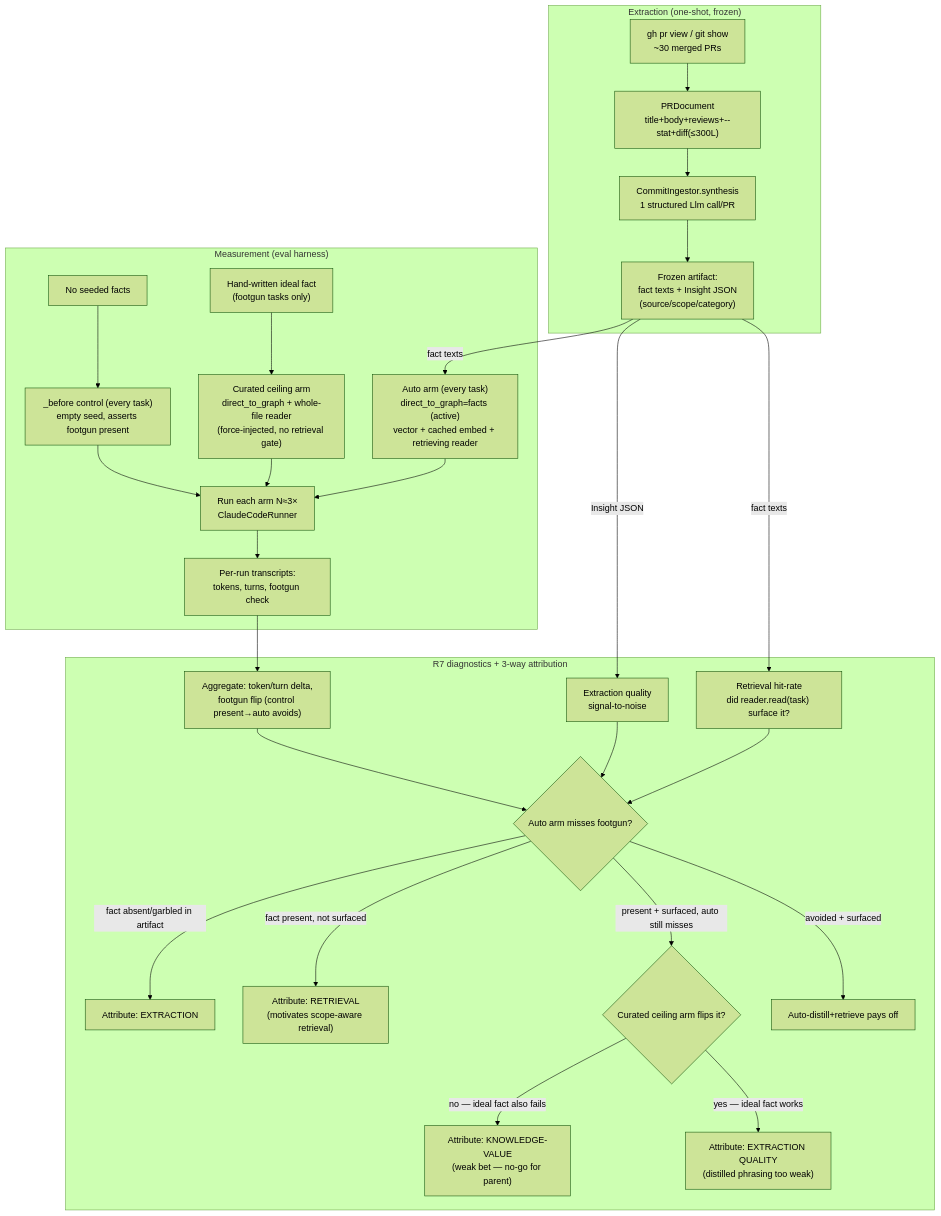
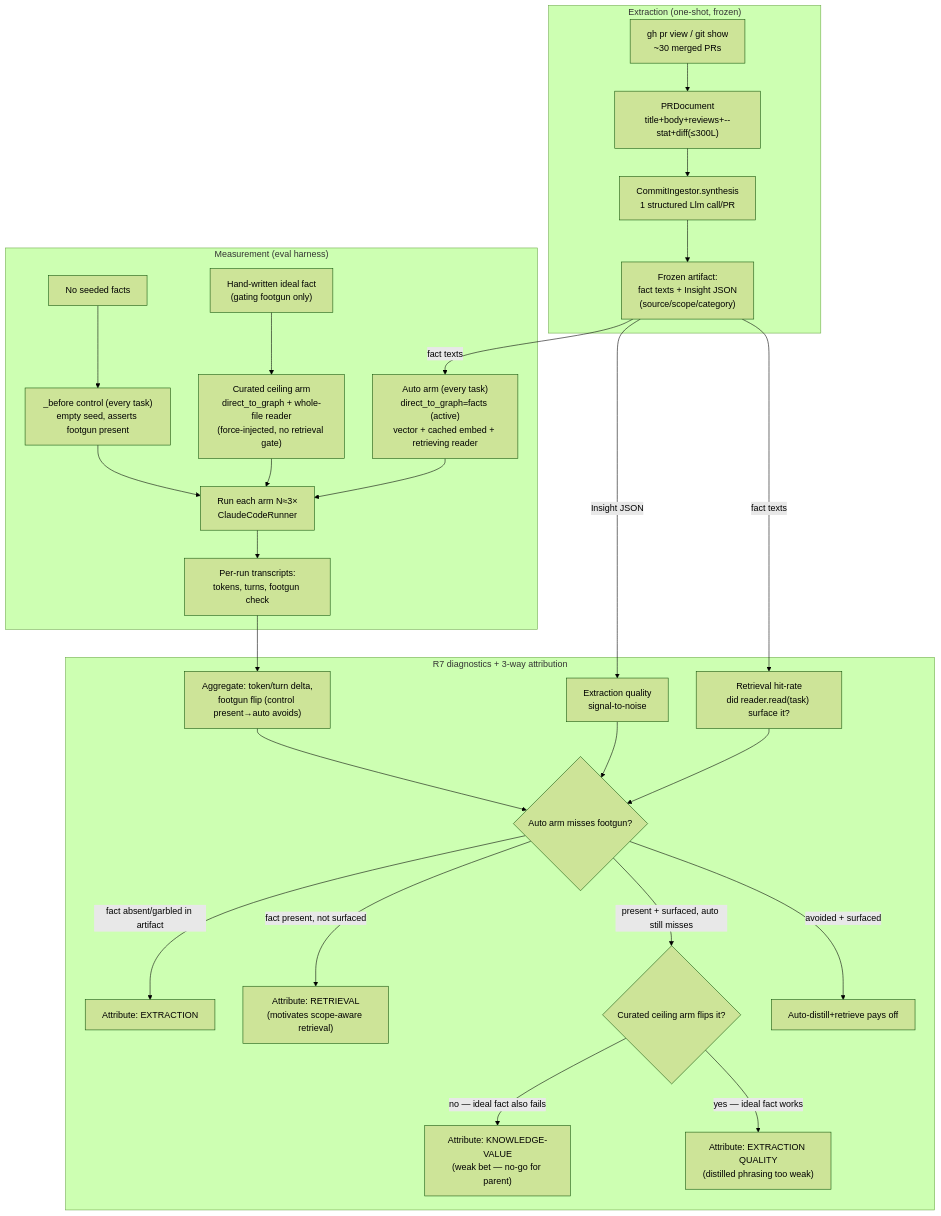
Before and after one commit to Antonelli-Tech-Solutions/praxis: the diagram in docs/plans/2026-06-24-002-feat-pr-knowledge-auto-distill-plan.md, drawn with Mermaid (forest theme). The commit also changed other lines of this file and 3 other files, not shown here.

````diff
--- a/docs/plans/2026-06-24-002-feat-pr-knowledge-auto-distill-plan.md
+++ b/docs/plans/2026-06-24-002-feat-pr-knowledge-auto-distill-plan.md
@@ -186,33 +197,33 @@
 ```mermaid
 flowchart TB
   subgraph Extract["Extraction (one-shot, frozen)"]
     GH["gh pr view / git show<br/>~30 merged PRs"] --> PRDoc["PRDocument<br/>title+body+reviews+--stat+diff(≤300L)"]
     PRDoc --> CI["CommitIngestor.synthesis<br/>1 structured Llm call/PR"]
     CI --> Art["Frozen artifact:<br/>fact texts + Insight JSON<br/>(source/scope/category)"]
   end
 
   subgraph Measure["Measurement (eval harness)"]
     Art -->|fact texts| Tx["Auto arm (every task)<br/>direct_to_graph=facts (active)<br/>vector + cached embed + retrieving reader"]
     Empty["No seeded facts"] --> Ct["_before control (every task)<br/>empty seed, asserts footgun present"]
-    Ideal["Hand-written ideal fact<br/>(footgun tasks only)"] --> Cu["Curated ceiling arm<br/>direct_to_graph + whole-file reader<br/>(force-injected, no retrieval gate)"]
+    Ideal["Hand-written ideal fact<br/>(gating footgun only)"] --> Cu["Curated ceiling arm<br/>direct_to_graph + whole-file reader<br/>(force-injected, no retrieval gate)"]
     Tx --> Trials["Run each arm N≈3×<br/>ClaudeCodeRunner"]
     Ct --> Trials
     Cu --> Trials
     Trials --> Cap["Per-run transcripts:<br/>tokens, turns, footgun check"]
   end
 
   subgraph Diag["R7 diagnostics + 3-way attribution"]
     Cap --> Agg["Aggregate: token/turn delta,<br/>footgun flip (control present→auto avoids)"]
     Art -->|Insight JSON| ExQ["Extraction quality<br/>signal-to-noise"]
     Art -->|fact texts| Hit["Retrieval hit-rate<br/>did reader.read(task) surface it?"]
     Agg --> Verdict{Auto arm misses footgun?}
     ExQ --> Verdict
     Hit --> Verdict
     Verdict -->|fact absent/garbled in artifact| Ex["Attribute: EXTRACTION"]
     Verdict -->|fact present, not surfaced| Re["Attribute: RETRIEVAL<br/>(motivates scope-aware retrieval)"]
     Verdict -->|present + surfaced, auto still misses| Cur{Curated ceiling arm flips it?}
     Cur -->|no — ideal fact also fails| Kv["Attribute: KNOWLEDGE-VALUE<br/>(weak bet — no-go for parent)"]
     Cur -->|yes — ideal fact works| ExQ2["Attribute: EXTRACTION QUALITY<br/>(distilled phrasing too weak)"]
     Verdict -->|avoided + surfaced| Win["Auto-distill+retrieve pays off"]
   end
 ```
````
